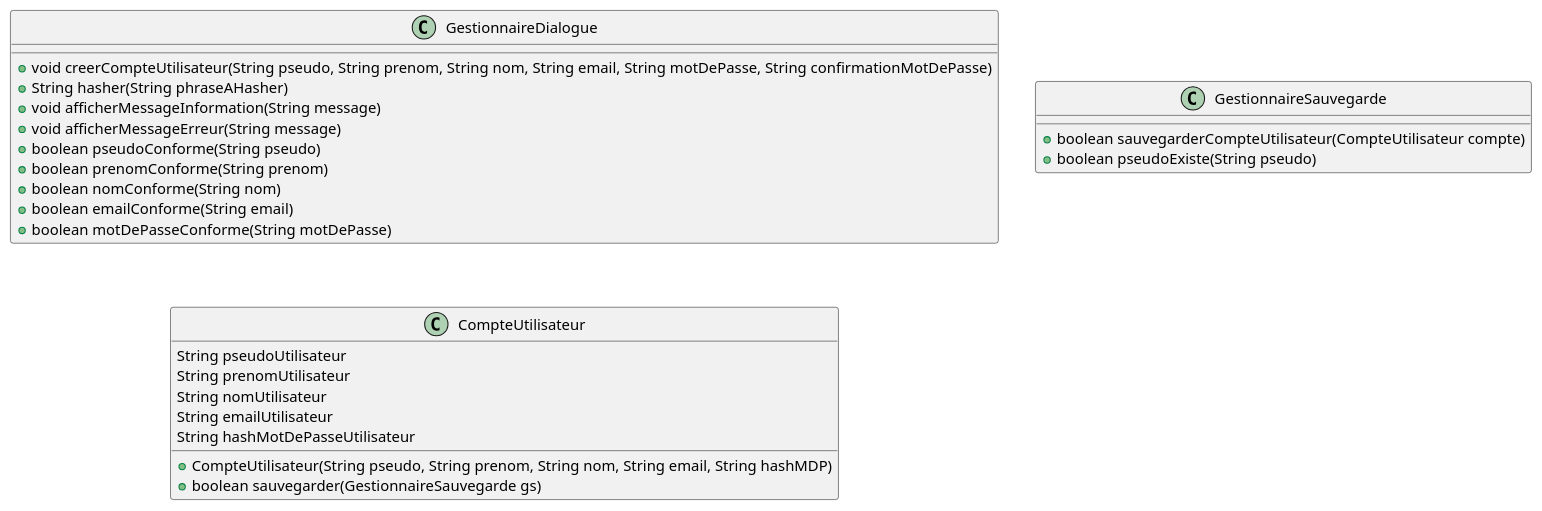
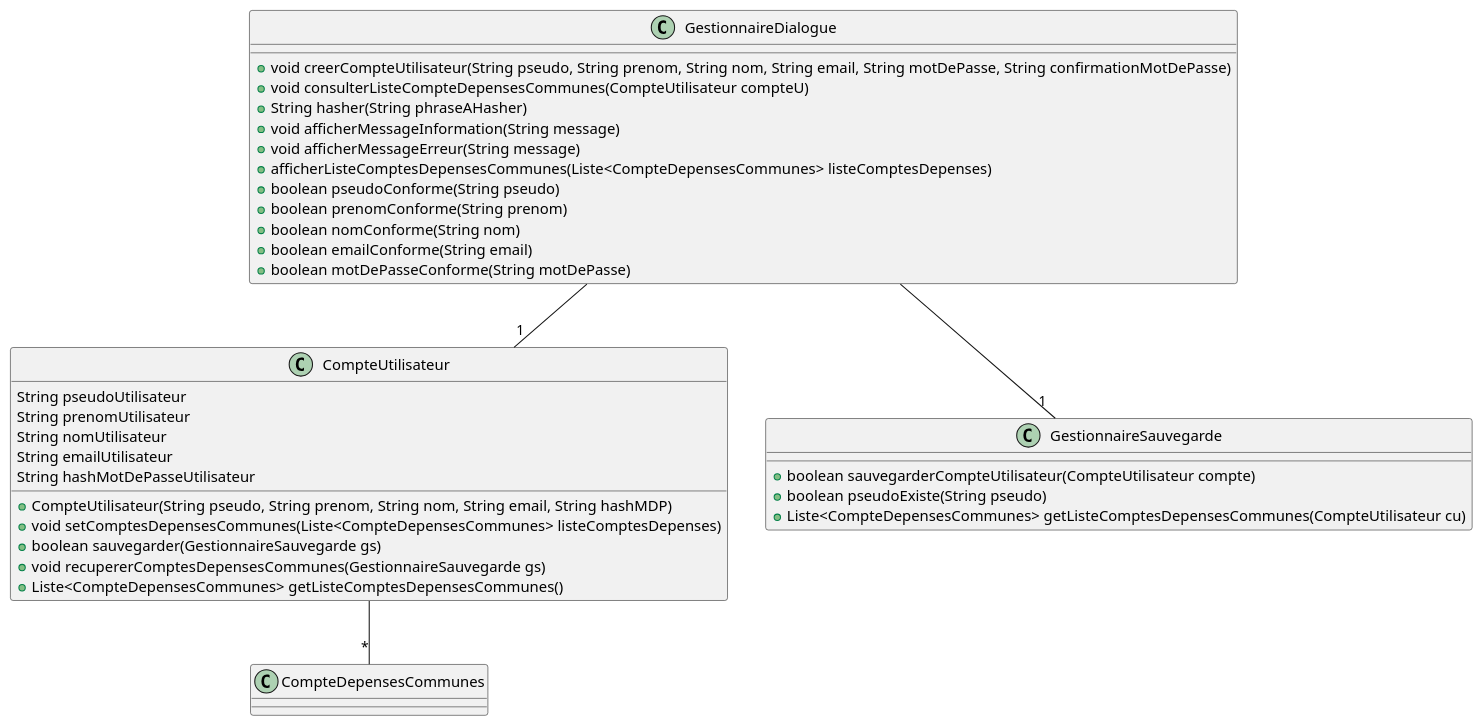
One commit to lmtb06/sharecount changed the diagram in diagrammes/conception/classes.puml. Above: the diagram before and after it, drawn with PlantUML. The commit also changed 6 other files, not shown here.

Commit message:
-Mise à jour du diagramme de classe de conception -Mise à jour du diagramme de séquence de conception de consulter-liste-compte-depenses

```diff
--- a/diagrammes/conception/classes.puml
+++ b/diagrammes/conception/classes.puml
@@ -1,31 +1,42 @@
 @startuml Classes
 
 	class GestionnaireDialogue {
 		+void creerCompteUtilisateur(String pseudo, String prenom, String nom, String email, String motDePasse, String confirmationMotDePasse)
+		+void consulterListeCompteDepensesCommunes(CompteUtilisateur compteU)
 		+String hasher(String phraseAHasher)
 		+void afficherMessageInformation(String message)
 		+void afficherMessageErreur(String message)
+		+afficherListeComptesDepensesCommunes(Liste<CompteDepensesCommunes> listeComptesDepenses)
 		+boolean pseudoConforme(String pseudo)
 		+boolean prenomConforme(String prenom)
 		+boolean nomConforme(String nom)
 		+boolean emailConforme(String email)
 		+boolean motDePasseConforme(String motDePasse)
 	}
+	GestionnaireDialogue --"1" CompteUtilisateur
+	GestionnaireDialogue --"1" GestionnaireSauvegarde
 
 	class GestionnaireSauvegarde {
 		+boolean sauvegarderCompteUtilisateur(CompteUtilisateur compte)
 		+boolean pseudoExiste(String pseudo)
+		+Liste<CompteDepensesCommunes> getListeComptesDepensesCommunes(CompteUtilisateur cu)
 	}
 
 	class CompteUtilisateur {
 		String pseudoUtilisateur
 		String prenomUtilisateur
 		String nomUtilisateur
 		String emailUtilisateur
 		String hashMotDePasseUtilisateur
 		+CompteUtilisateur(String pseudo, String prenom, String nom, String email, String hashMDP)
+		+void setComptesDepensesCommunes(Liste<CompteDepensesCommunes> listeComptesDepenses)
 		+boolean sauvegarder(GestionnaireSauvegarde gs)
+		+void recupererComptesDepensesCommunes(GestionnaireSauvegarde gs)
+		+Liste<CompteDepensesCommunes> getListeComptesDepensesCommunes()
+	}
+	CompteUtilisateur --"*" CompteDepensesCommunes
+	class CompteDepensesCommunes {
+
 	}
 
-
 @enduml
```
